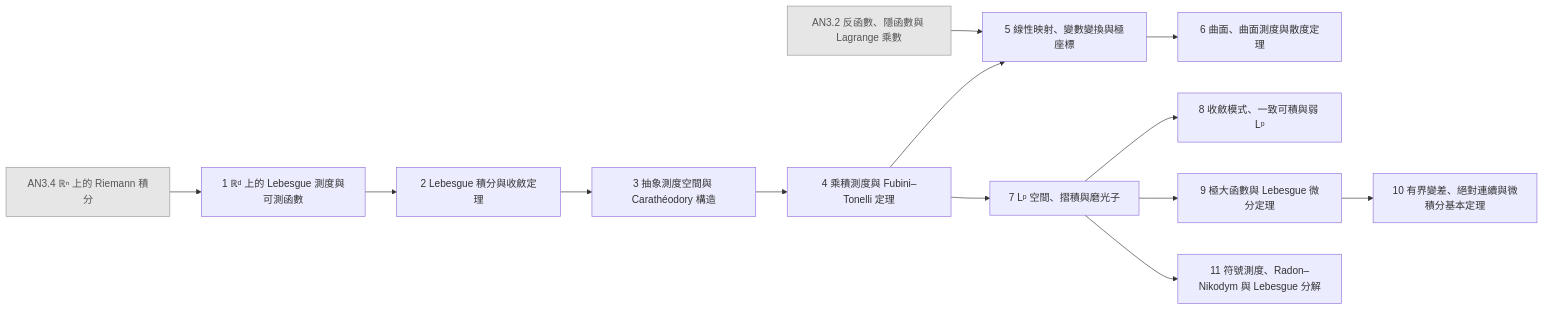
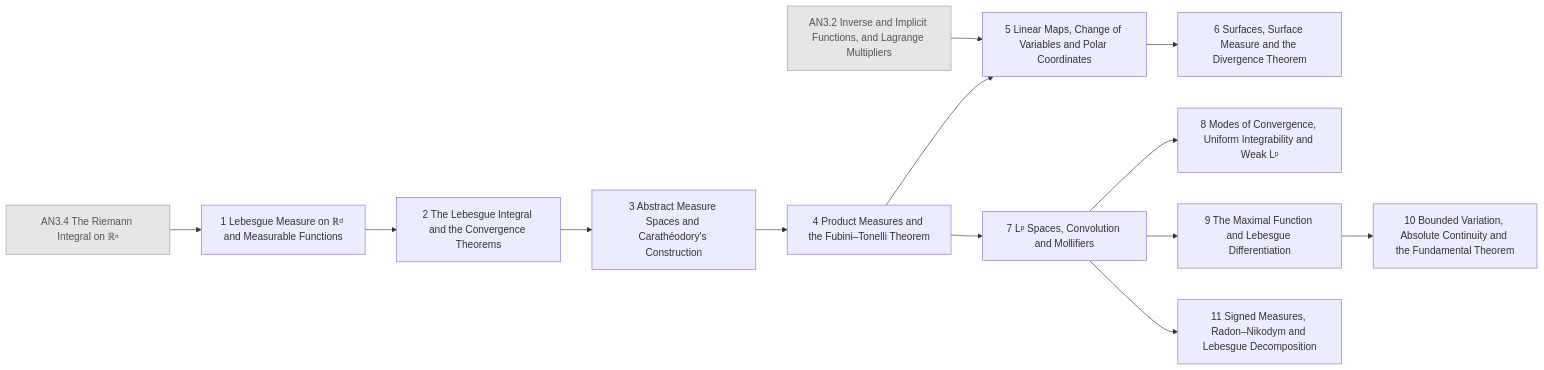
One commit to AkizumiFox/math-atlas changed diagram 16 of 26 in generated/README.md. Above: the diagram before and after it, drawn with Mermaid. The commit also changed other lines of this file and 36 other files, not shown here.

````diff
--- a/generated/README.md
+++ b/generated/README.md
@@ -473,31 +472,31 @@
 ```mermaid
 flowchart LR
-  AN3_2["AN3.2 反函數、隱函數與 Lagrange 乘數"]:::ext
-  AN3_4["AN3.4 ℝⁿ 上的 Riemann 積分"]:::ext
-  MT_1["1 ℝᵈ 上的 Lebesgue 測度與可測函數"]
-  MT_2["2 Lebesgue 積分與收斂定理"]
-  MT_3["3 抽象測度空間與 Carathéodory 構造"]
-  MT_4["4 乘積測度與 Fubini–Tonelli 定理"]
-  MT_5["5 線性映射、變數變換與極座標"]
-  MT_6["6 曲面、曲面測度與散度定理"]
-  MT_7["7 Lᵖ 空間、摺積與磨光子"]
-  MT_8["8 收斂模式、一致可積與弱 Lᵖ"]
-  MT_9["9 極大函數與 Lebesgue 微分定理"]
-  MT_10["10 有界變差、絕對連續與微積分基本定理"]
-  MT_11["11 符號測度、Radon–Nikodym 與 Lebesgue 分解"]
+  AN3_2["AN3.2 Inverse and Implicit Functions, and Lagrange Multipliers"]:::ext
+  AN3_4["AN3.4 The Riemann Integral on ℝⁿ"]:::ext
+  MT_1["1 Lebesgue Measure on ℝᵈ and Measurable Functions"]
+  MT_2["2 The Lebesgue Integral and the Convergence Theorems"]
+  MT_3["3 Abstract Measure Spaces and Carathéodory's Construction"]
+  MT_4["4 Product Measures and the Fubini–Tonelli Theorem"]
+  MT_5["5 Linear Maps, Change of Variables and Polar Coordinates"]
+  MT_6["6 Surfaces, Surface Measure and the Divergence Theorem"]
+  MT_7["7 Lᵖ Spaces, Convolution and Mollifiers"]
+  MT_8["8 Modes of Convergence, Uniform Integrability and Weak Lᵖ"]
+  MT_9["9 The Maximal Function and Lebesgue Differentiation"]
+  MT_10["10 Bounded Variation, Absolute Continuity and the Fundamental Theorem"]
+  MT_11["11 Signed Measures, Radon–Nikodym and Lebesgue Decomposition"]
   AN3_4 --> MT_1
   MT_1 --> MT_2
   MT_2 --> MT_3
   MT_3 --> MT_4
   AN3_2 --> MT_5
   MT_4 --> MT_5
   MT_5 --> MT_6
   MT_4 --> MT_7
   MT_7 --> MT_8
   MT_7 --> MT_9
   MT_9 --> MT_10
   MT_7 --> MT_11
   classDef ext fill:#e6e6e6,stroke:#999,color:#555
   classDef opt fill:#fff,stroke:#999,stroke-dasharray:4 3,color:#555
   classDef segb fill:#f6f6fb,stroke:#99a,color:#333
 ```
````
